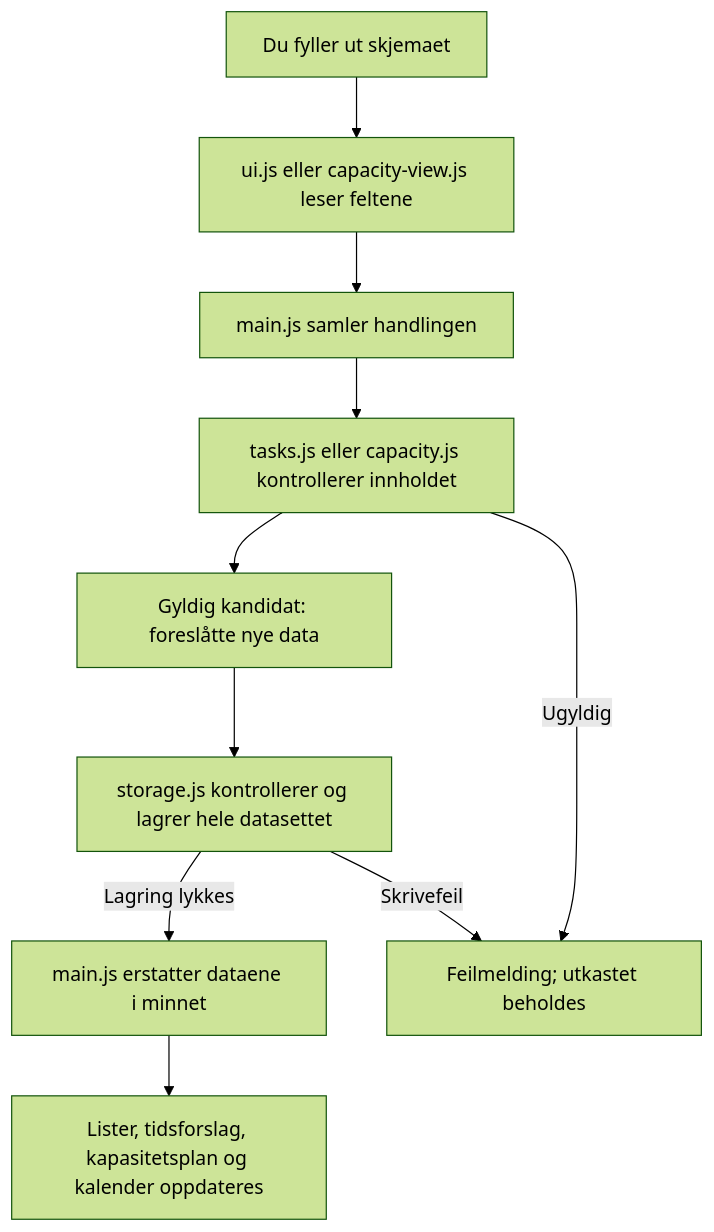
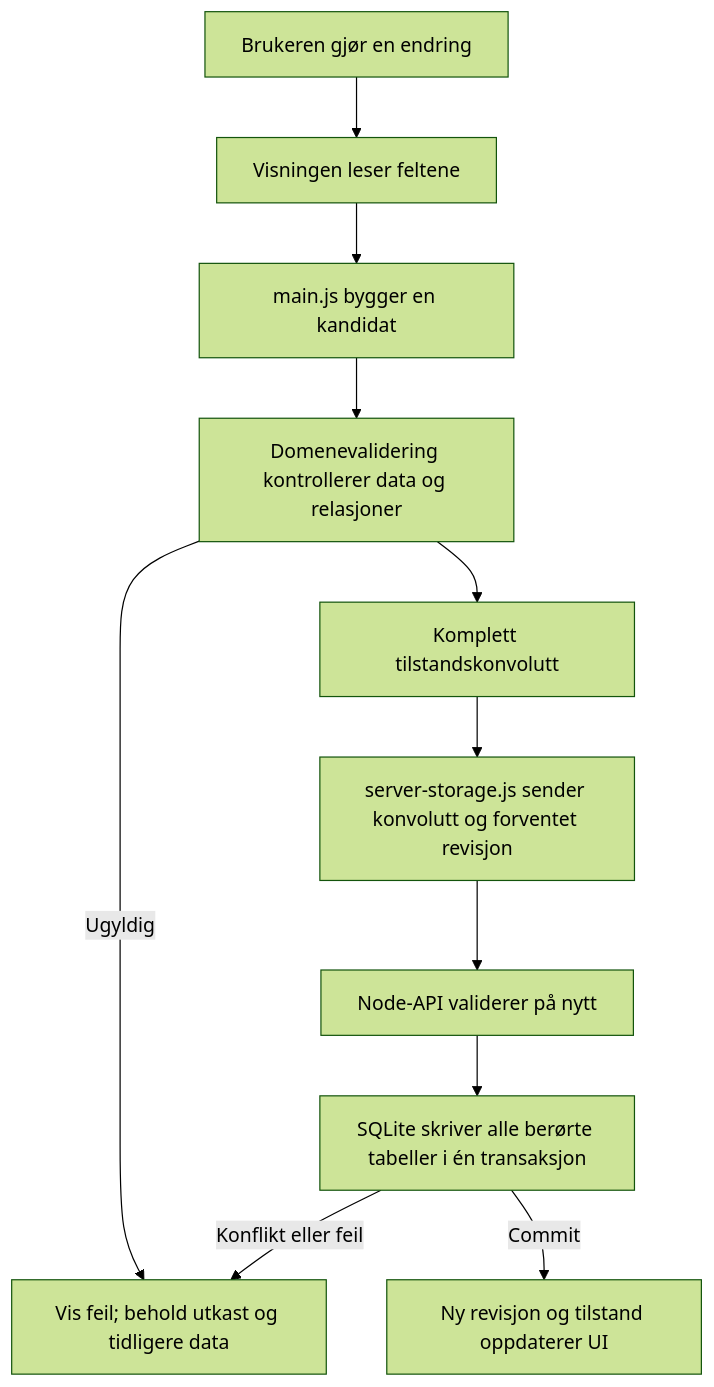
Before and after one commit to IBE160-2026/G37-yilmaz: the diagram in .docs/implementation-artifacts/solution-guide.md, drawn with Mermaid (forest theme). The commit also changed other lines of this file and 6 other files, not shown here.

````diff
--- a/.docs/implementation-artifacts/solution-guide.md
+++ b/.docs/implementation-artifacts/solution-guide.md
@@ -7,12 +16,13 @@
 ```mermaid
 flowchart TD
-  Form[Du fyller ut skjemaet] --> UI[ui.js eller capacity-view.js leser feltene]
-  UI --> Main[main.js samler handlingen]
-  Main --> Rules[tasks.js eller capacity.js kontrollerer innholdet]
-  Rules --> Candidate[Gyldig kandidat: foreslåtte nye data]
-  Candidate --> Storage[storage.js kontrollerer og lagrer hele datasettet]
-  Storage -->|Lagring lykkes| State[main.js erstatter dataene i minnet]
-  State --> View[Lister, tidsforslag, kapasitetsplan og kalender oppdateres]
-  Rules -->|Ugyldig| Error[Feilmelding; utkastet beholdes]
-  Storage -->|Skrivefeil| Error
+  Form[Brukeren gjør en endring] --> UI[Visningen leser feltene]
+  UI --> Action[main.js bygger en kandidat]
+  Action --> Rules[Domenevalidering kontrollerer data og relasjoner]
+  Rules -->|Ugyldig| Error[Vis feil; behold utkast og tidligere data]
+  Rules --> State[Komplett tilstandskonvolutt]
+  State --> Storage[server-storage.js sender konvolutt og forventet revisjon]
+  Storage --> API[Node-API validerer på nytt]
+  API --> DB[SQLite skriver alle berørte tabeller i én transaksjon]
+  DB -->|Commit| Refresh[Ny revisjon og tilstand oppdaterer UI]
+  DB -->|Konflikt eller feil| Error
 ```
````
